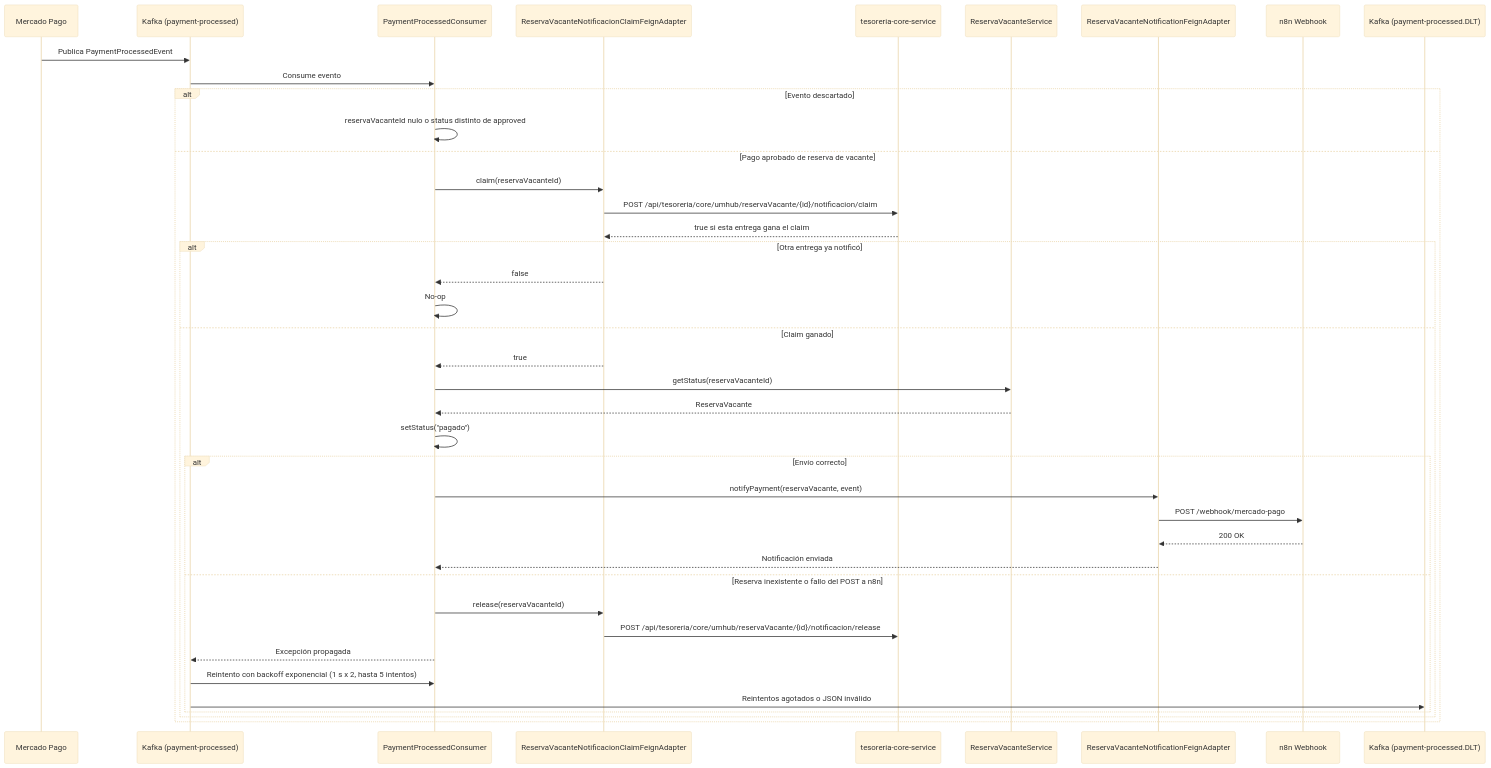
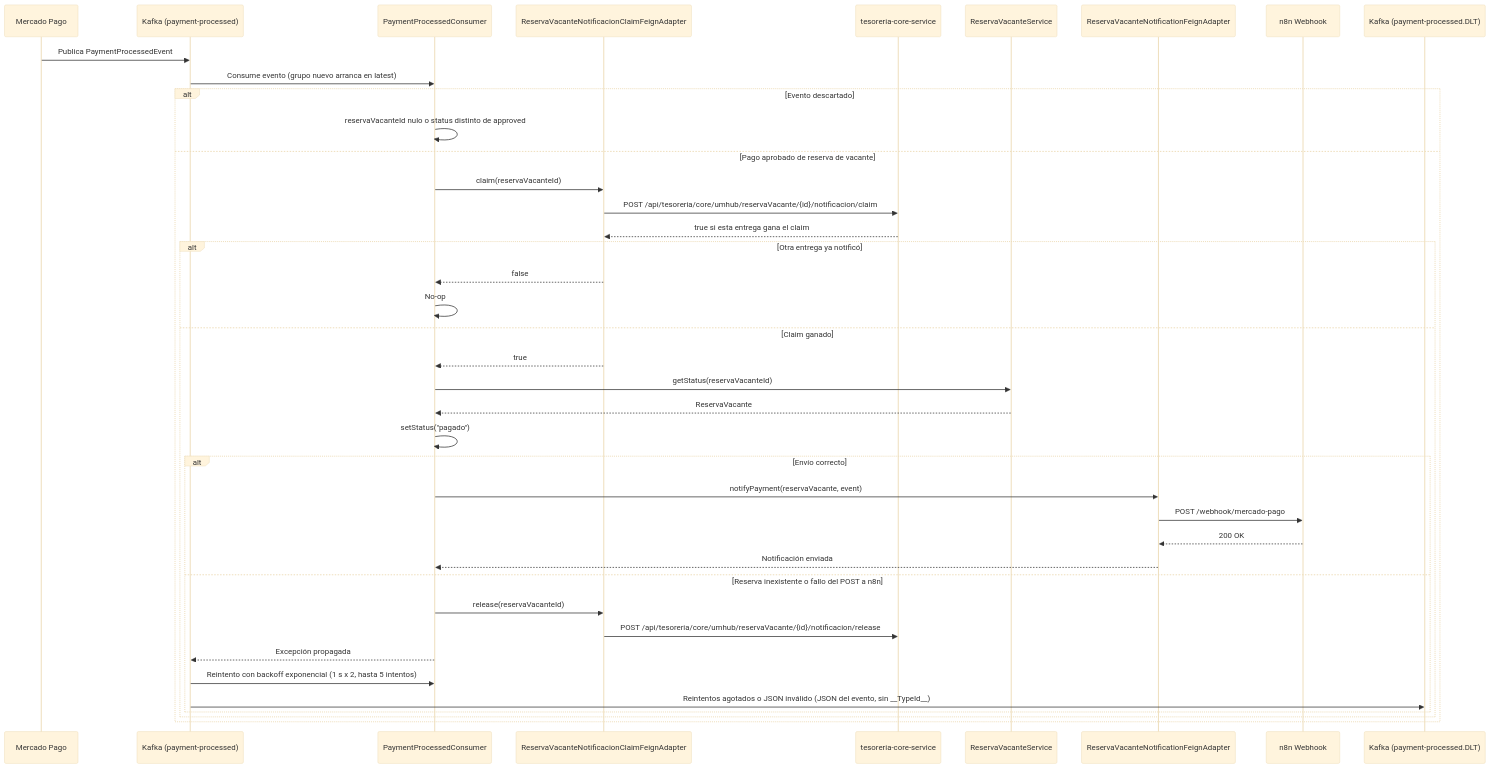
Before and after one commit to UM-services/UM.tesoreria.umhub-service: the diagram in docs/diagrams/flujo-pago-kafka.mmd, drawn with Mermaid (base theme). The commit also changed 9 other files, not shown here.

First line of the commit message:
fix(kafka): start consumers at latest offset

````diff
--- a/docs/diagrams/flujo-pago-kafka.mmd
+++ b/docs/diagrams/flujo-pago-kafka.mmd
@@ -1,43 +1,43 @@
 ```mermaid
 sequenceDiagram
     participant MP as Mercado Pago
     participant KAFKA as Kafka (payment-processed)
     participant CONSUMER as PaymentProcessedConsumer
     participant CLAIM as ReservaVacanteNotificacionClaimFeignAdapter
     participant CORE as tesoreria-core-service
     participant SVC as ReservaVacanteService
     participant NOTIF as ReservaVacanteNotificationFeignAdapter
     participant N8N as n8n Webhook
     participant DLT as Kafka (payment-processed.DLT)
 
     MP->>KAFKA: Publica PaymentProcessedEvent
-    KAFKA->>CONSUMER: Consume evento
+    KAFKA->>CONSUMER: Consume evento (grupo nuevo arranca en latest)
     alt Evento descartado
         CONSUMER->>CONSUMER: reservaVacanteId nulo o status distinto de approved
     else Pago aprobado de reserva de vacante
         CONSUMER->>CLAIM: claim(reservaVacanteId)
         CLAIM->>CORE: POST /api/tesoreria/core/umhub/reservaVacante/{id}/notificacion/claim
         CORE-->>CLAIM: true si esta entrega gana el claim
         alt Otra entrega ya notificó
             CLAIM-->>CONSUMER: false
             CONSUMER->>CONSUMER: No-op
         else Claim ganado
             CLAIM-->>CONSUMER: true
             CONSUMER->>SVC: getStatus(reservaVacanteId)
             SVC-->>CONSUMER: ReservaVacante
             CONSUMER->>CONSUMER: setStatus("pagado")
             alt Envío correcto
                 CONSUMER->>NOTIF: notifyPayment(reservaVacante, event)
                 NOTIF->>N8N: POST /webhook/mercado-pago
                 N8N-->>NOTIF: 200 OK
                 NOTIF-->>CONSUMER: Notificación enviada
             else Reserva inexistente o fallo del POST a n8n
                 CONSUMER->>CLAIM: release(reservaVacanteId)
                 CLAIM->>CORE: POST /api/tesoreria/core/umhub/reservaVacante/{id}/notificacion/release
                 CONSUMER-->>KAFKA: Excepción propagada
                 KAFKA->>CONSUMER: Reintento con backoff exponencial (1 s x 2, hasta 5 intentos)
-                KAFKA->>DLT: Reintentos agotados o JSON inválido
+                KAFKA->>DLT: Reintentos agotados o JSON inválido (JSON del evento, sin __TypeId__)
             end
         end
     end
 ```
````
